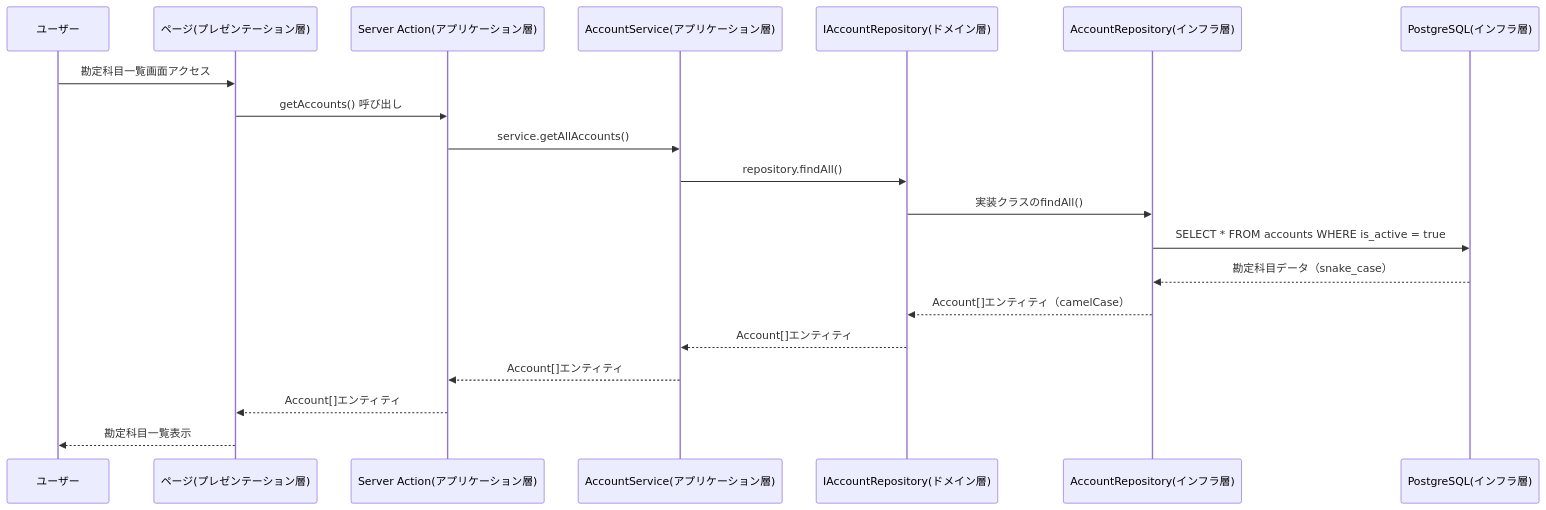
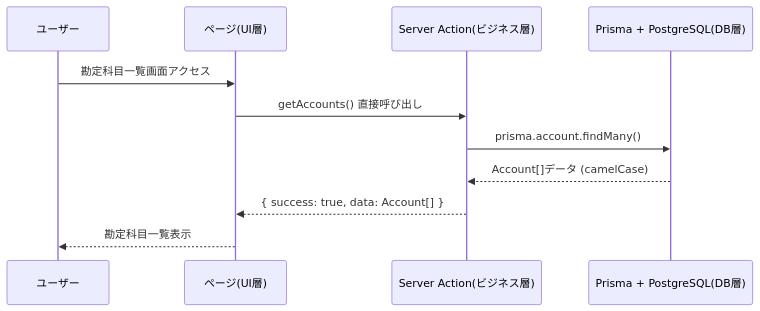
The second of 3 diagrams in .taskmaster/docs/02_アーキテクチャ設計.md (sudat/biz-clone), drawn with Mermaid before and after one commit. The commit also changed other lines of this file and 19 other files, not shown here.

````diff
--- a/.taskmaster/docs/02_アーキテクチャ設計.md
+++ b/.taskmaster/docs/02_アーキテクチャ設計.md
@@ -439,23 +319,14 @@
 ```mermaid
 sequenceDiagram
     participant User as ユーザー
-    participant Page as ページ(プレゼンテーション層)
-    participant Action as Server Action(アプリケーション層)
-    participant Service as AccountService(アプリケーション層)
-    participant Interface as IAccountRepository(ドメイン層)
-    participant Repo as AccountRepository(インフラ層)
-    participant DB as PostgreSQL(インフラ層)
+    participant Page as ページ(UI層)
+    participant Action as Server Action(ビジネス層)
+    participant DB as Prisma + PostgreSQL(DB層)
 
     User->>Page: 勘定科目一覧画面アクセス
-    Page->>Action: getAccounts() 呼び出し
-    Action->>Service: service.getAllAccounts()
-    Service->>Interface: repository.findAll()
-    Interface->>Repo: 実装クラスのfindAll()
-    Repo->>DB: SELECT * FROM accounts WHERE is_active = true
-    DB-->>Repo: 勘定科目データ（snake_case）
-    Repo-->>Interface: Account[]エンティティ（camelCase）
-    Interface-->>Service: Account[]エンティティ
-    Service-->>Action: Account[]エンティティ
-    Action-->>Page: Account[]エンティティ
+    Page->>Action: getAccounts() 直接呼び出し
+    Action->>DB: prisma.account.findMany()
+    DB-->>Action: Account[]データ (camelCase)
+    Action-->>Page: { success: true, data: Account[] }
     Page-->>User: 勘定科目一覧表示
 ```
````
